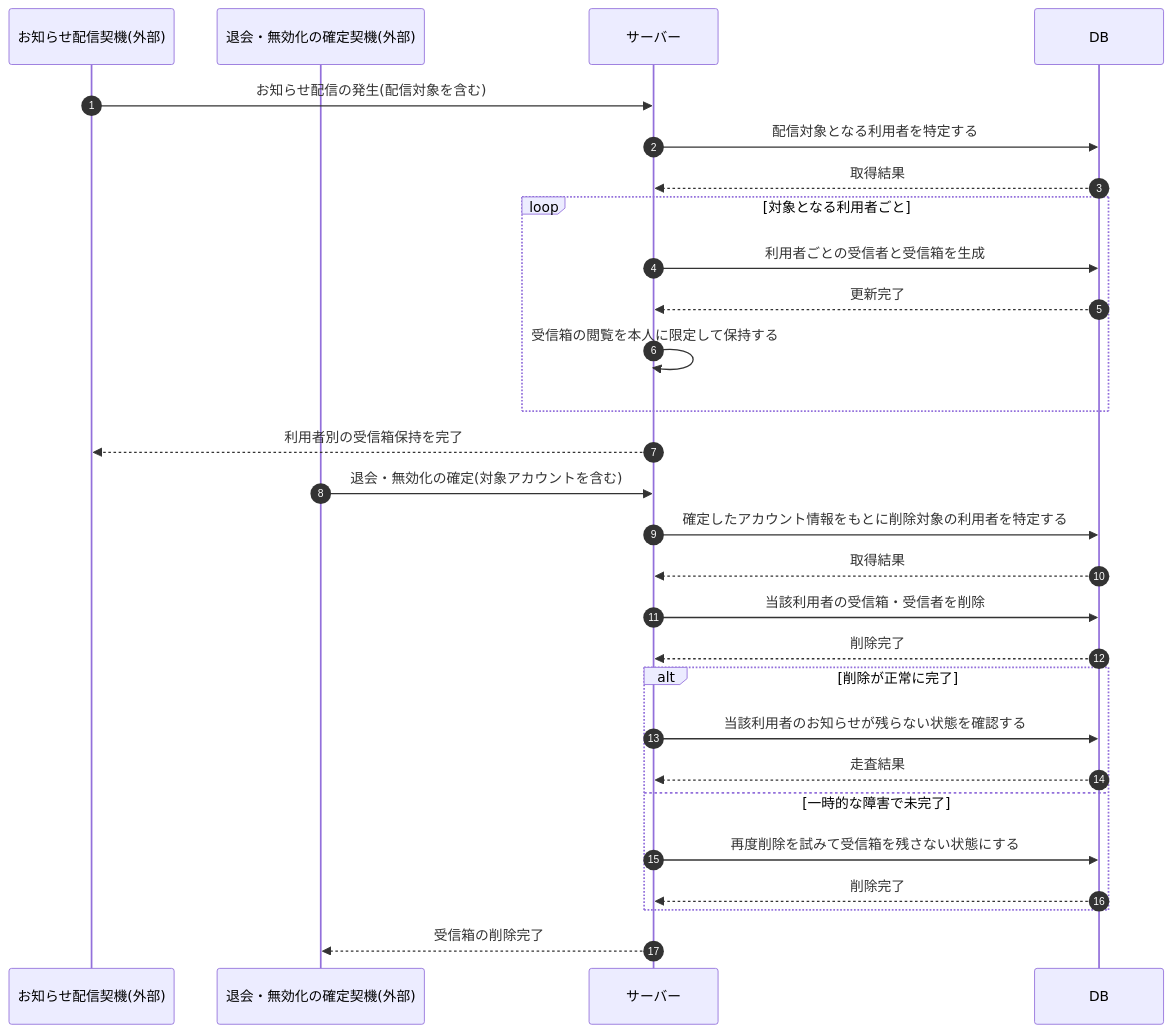
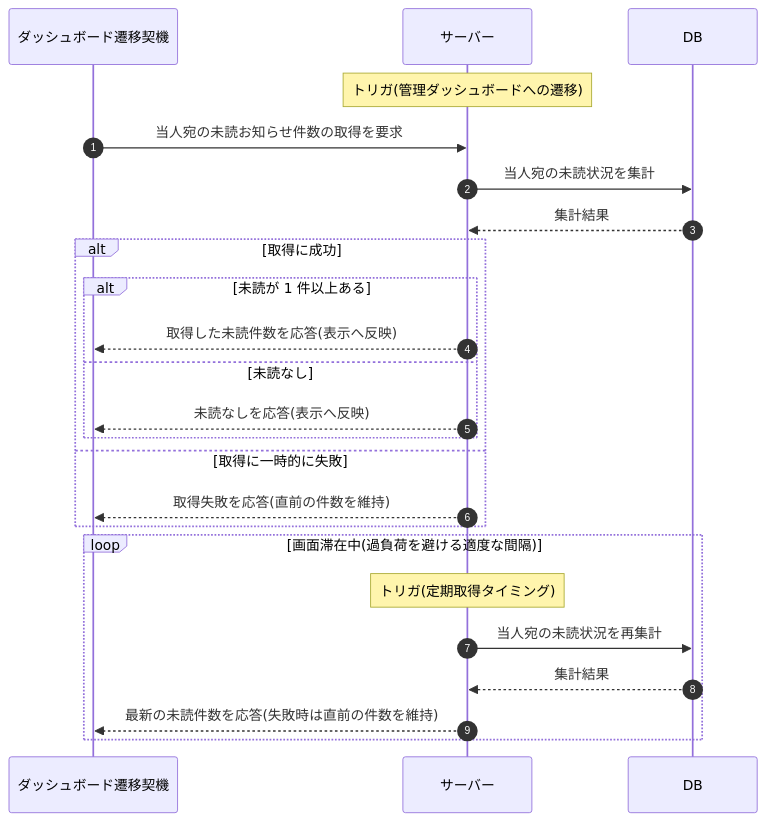
Before and after one commit to sikakou54/open-faq: the diagram in 02_basic_design/03_sequences/SEQ-117.md, drawn with Mermaid. The commit also changed other lines of this file and 99 other files, not shown here.

````diff
--- a/02_basic_design/03_sequences/SEQ-117.md
+++ b/02_basic_design/03_sequences/SEQ-117.md
@@ -25,32 +25,26 @@
 ```mermaid
 sequenceDiagram
   autonumber
-  participant DLV as お知らせ配信契機(外部)
-  participant ACC as 退会・無効化の確定契機(外部)
+  participant TR as ダッシュボード遷移契機
   participant Server as サーバー
   participant DB as DB
-
-  DLV->>Server: お知らせ配信の発生(配信対象を含む)
-  Server->>DB: 配信対象となる利用者を特定する
-  DB-->>Server: 取得結果
-  loop 対象となる利用者ごと
-    Server->>DB: 利用者ごとの受信者と受信箱を生成
-    DB-->>Server: 更新完了
-    Server->>Server: 受信箱の閲覧を本人に限定して保持する
+  Note over Server: トリガ(管理ダッシュボードへの遷移)
+  TR->>Server: 当人宛の未読お知らせ件数の取得を要求
+  Server->>DB: 当人宛の未読状況を集計
+  DB-->>Server: 集計結果
+  alt 取得に成功
+    alt 未読が 1 件以上ある
+      Server-->>TR: 取得した未読件数を応答(表示へ反映)
+    else 未読なし
+      Server-->>TR: 未読なしを応答(表示へ反映)
+    end
+  else 取得に一時的に失敗
+    Server-->>TR: 取得失敗を応答(直前の件数を維持)
   end
-  Server-->>DLV: 利用者別の受信箱保持を完了
-
-  ACC->>Server: 退会・無効化の確定(対象アカウントを含む)
-  Server->>DB: 確定したアカウント情報をもとに削除対象の利用者を特定する
-  DB-->>Server: 取得結果
-  Server->>DB: 当該利用者の受信箱・受信者を削除
-  DB-->>Server: 削除完了
-  alt 削除が正常に完了
-    Server->>DB: 当該利用者のお知らせが残らない状態を確認する
-    DB-->>Server: 走査結果
-  else 一時的な障害で未完了
-    Server->>DB: 再度削除を試みて受信箱を残さない状態にする
-    DB-->>Server: 削除完了
+  loop 画面滞在中(過負荷を避ける適度な間隔)
+    Note over Server: トリガ(定期取得タイミング)
+    Server->>DB: 当人宛の未読状況を再集計
+    DB-->>Server: 集計結果
+    Server-->>TR: 最新の未読件数を応答(失敗時は直前の件数を維持)
   end
-  Server-->>ACC: 受信箱の削除完了
 ```
````
